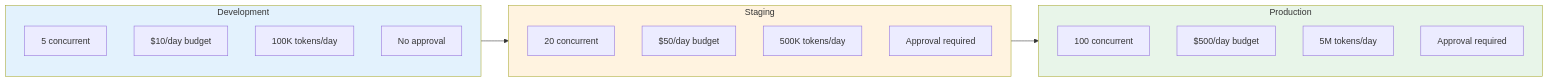
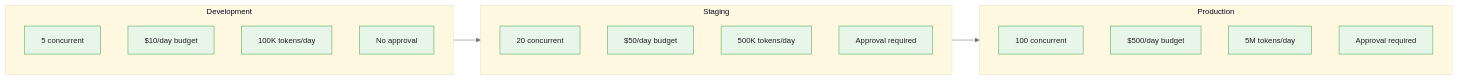
One commit to m-deane/course-creator changed the second of 5 diagrams in courses/dataiku-genai/modules/module_04_deployment/guides/03_governance_slides.md. Above: the diagram before and after it, drawn with Mermaid. The commit also changed other lines of this file and 54 other files, not shown here.

````diff
--- a/courses/dataiku-genai/modules/module_04_deployment/guides/03_governance_slides.md
+++ b/courses/dataiku-genai/modules/module_04_deployment/guides/03_governance_slides.md
@@ -111,29 +114,26 @@
 ```mermaid
+%%{init: {"theme": "base", "themeVariables": {"primaryColor": "#e8f5e9", "primaryBorderColor": "#4caf50", "primaryTextColor": "#212121", "secondaryColor": "#e3f2fd", "tertiaryColor": "#fff8e1", "lineColor": "#757575", "fontFamily": "Inter, sans-serif", "fontSize": "14px"}}}%%
 graph LR
     subgraph DEV[Development]
         D1[5 concurrent]
         D2[$10/day budget]
         D3[100K tokens/day]
         D4[No approval]
     end
 
     subgraph STAGE[Staging]
         S1[20 concurrent]
         S2[$50/day budget]
         S3[500K tokens/day]
         S4[Approval required]
     end
 
     subgraph PROD[Production]
         P1[100 concurrent]
         P2[$500/day budget]
         P3[5M tokens/day]
         P4[Approval required]
     end
 
     DEV --> STAGE --> PROD
-
-    style DEV fill:#e3f2fd
-    style STAGE fill:#fff3e0
-    style PROD fill:#e8f5e9
 ```
````
